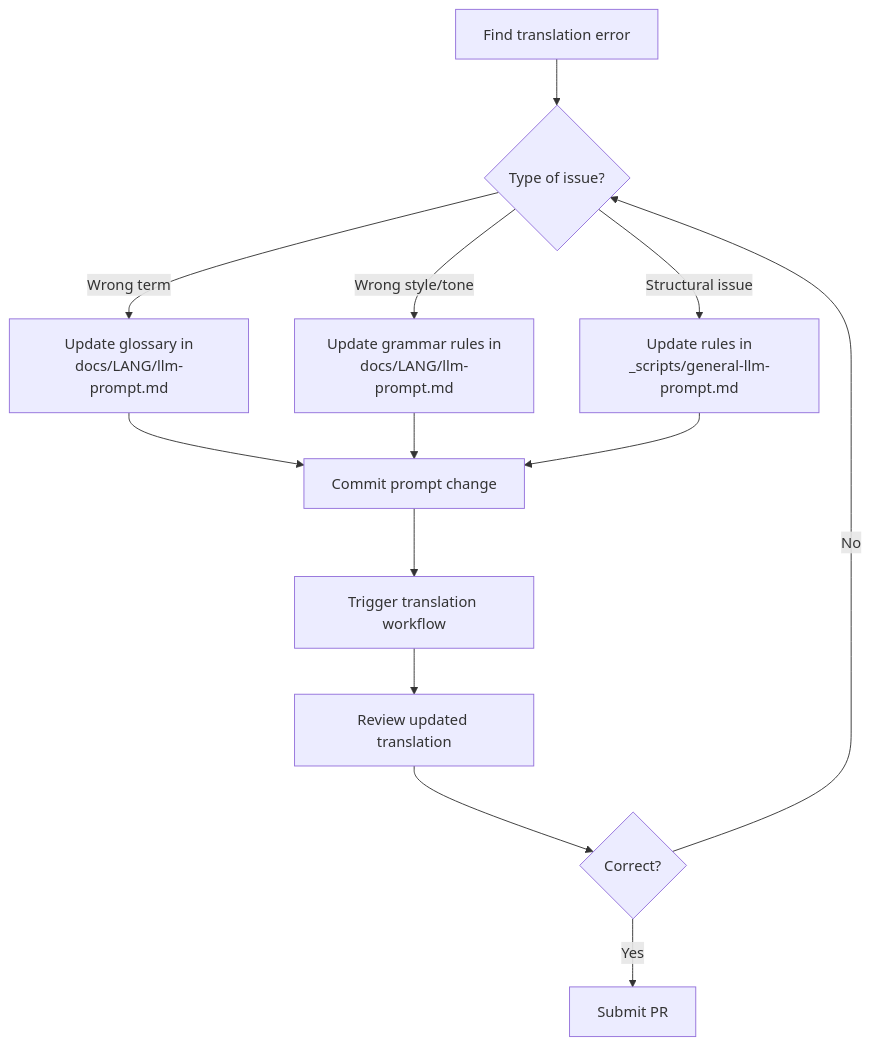
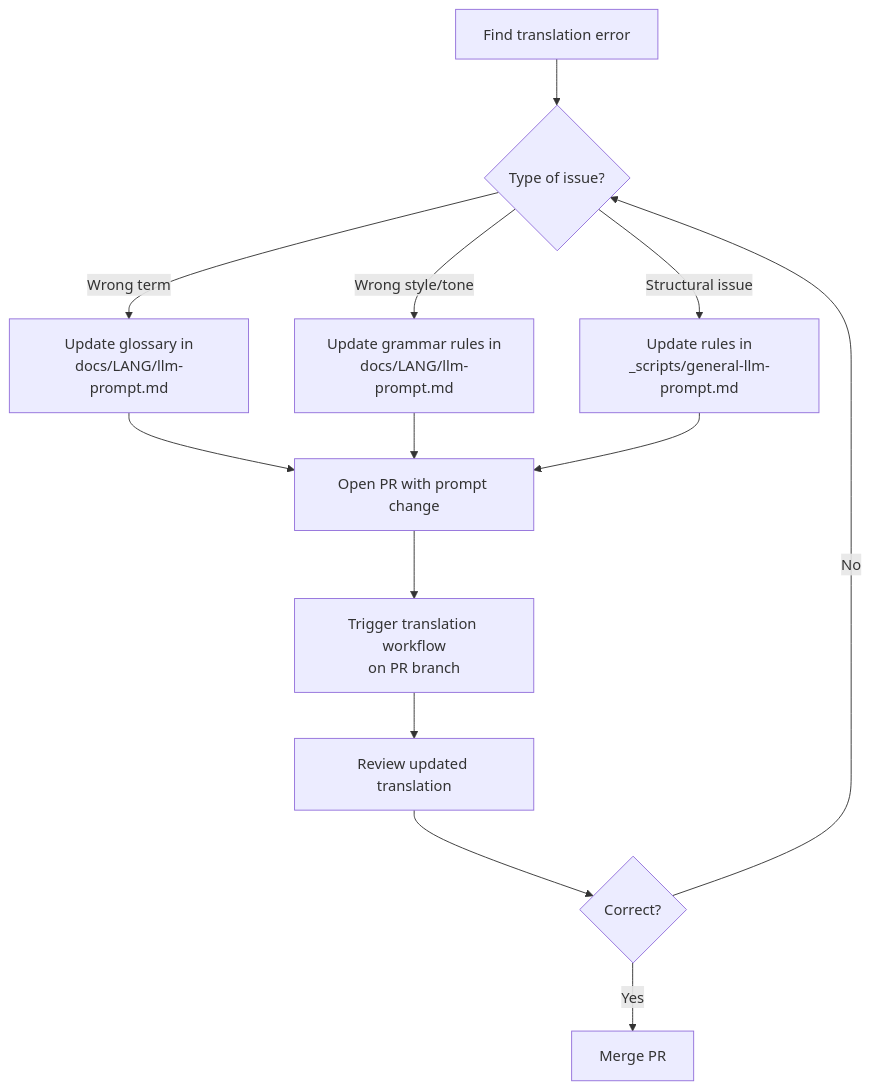
One commit to nextflow-io/training changed the first of 3 diagrams in TRANSLATING.md. Above: the diagram before and after it, drawn with Mermaid. The commit also changed other lines of this file, not shown here.

Commit message:
Update mermaid diagram and add note about fork limitations
- Change 'Commit prompt change' to 'Open PR with prompt change'
- Change 'Trigger translation workflow' to specify 'on PR branch'
- Change 'Submit PR' to 'Merge PR' (PR already exists)
- Add note explaining that workflow only runs on main repo branches,
  not forks, and that contributors can request write access

````diff
--- a/TRANSLATING.md
+++ b/TRANSLATING.md
@@ -38,15 +38,15 @@
 ```mermaid
 flowchart TD
     A[Find translation error] --> B{Type of issue?}
     B -->|Wrong term| C[Update glossary in<br>docs/LANG/llm-prompt.md]
     B -->|Wrong style/tone| D[Update grammar rules in<br>docs/LANG/llm-prompt.md]
     B -->|Structural issue| E[Update rules in<br>_scripts/general-llm-prompt.md]
-    C --> F[Commit prompt change]
+    C --> F[Open PR with prompt change]
     D --> F
     E --> F
-    F --> G[Trigger translation workflow]
+    F --> G[Trigger translation workflow<br>on PR branch]
     G --> H[Review updated translation]
     H --> I{Correct?}
-    I -->|Yes| J[Submit PR]
+    I -->|Yes| J[Merge PR]
     I -->|No| B
 ```
````
